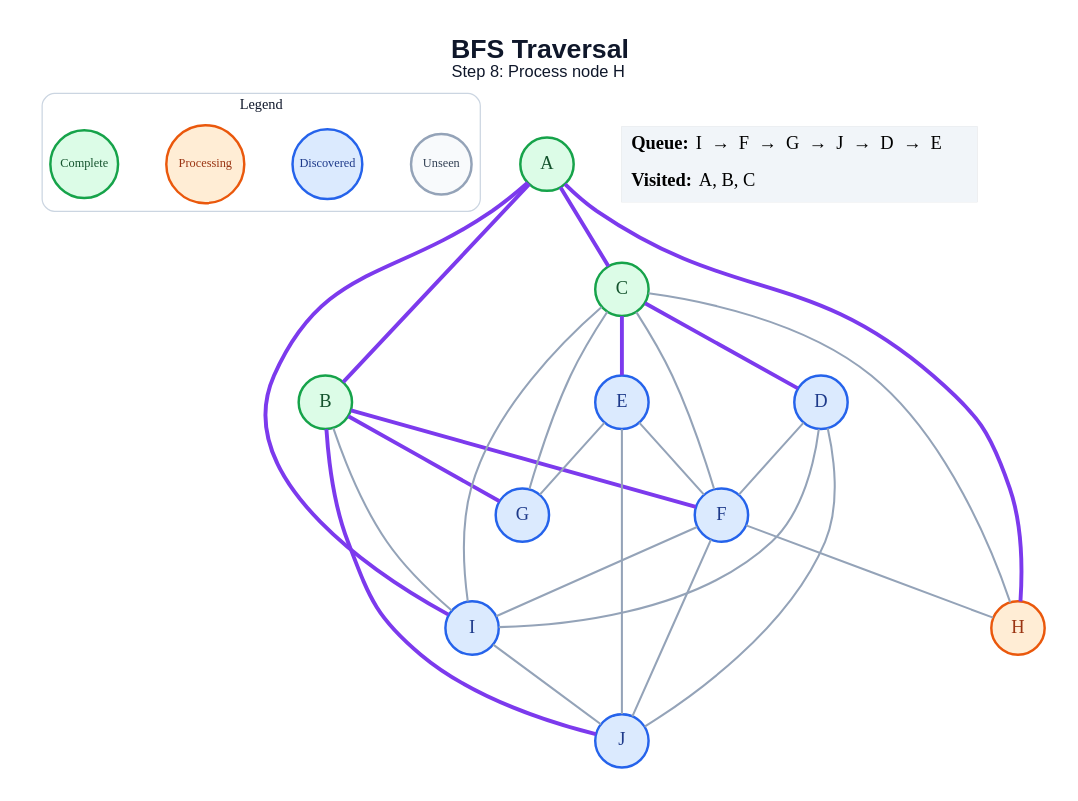
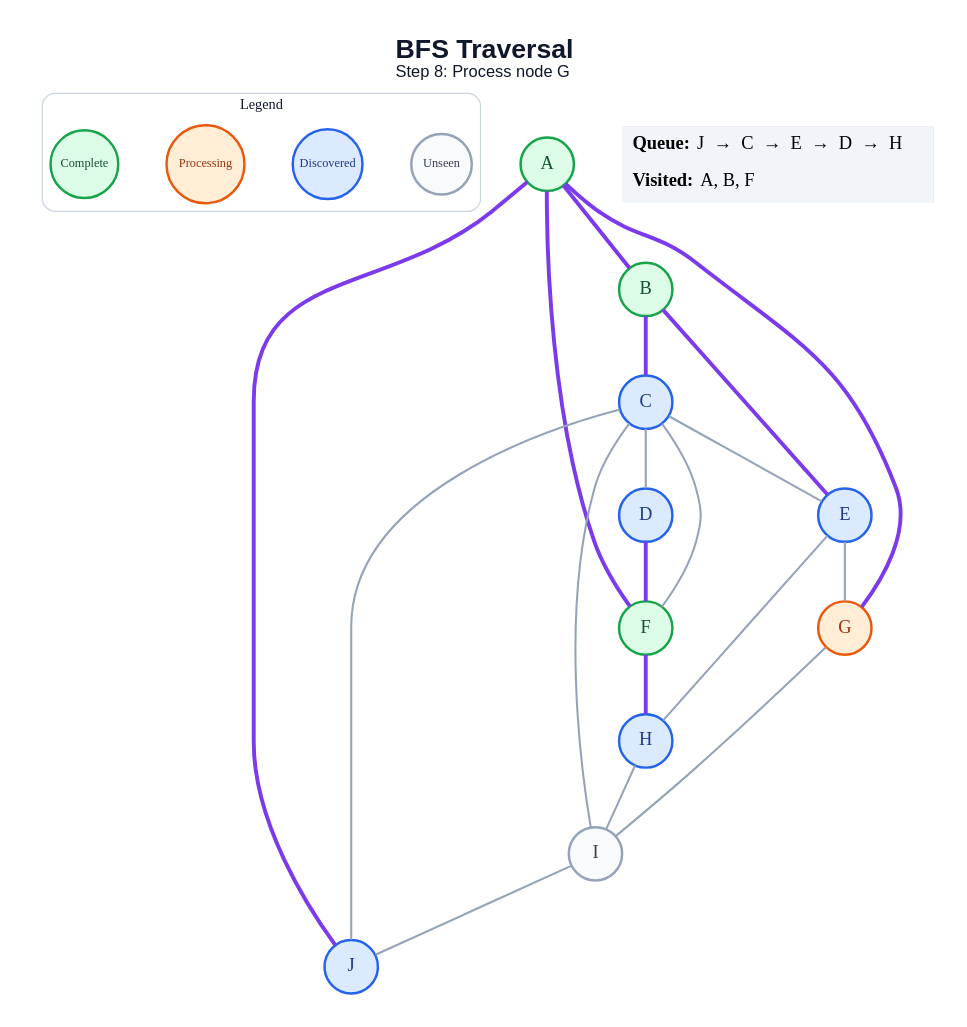
Before and after one commit to amanghodawala9/ai-slop: the diagram in generated/bfs/step_08.dot, drawn with Graphviz. The commit also changed 178 other files, not shown here.

```diff
--- a/generated/bfs/step_08.dot
+++ b/generated/bfs/step_08.dot
@@ -1,53 +1,47 @@
 graph traversal {
   graph [layout=dot, rankdir=TB, bgcolor="#FFFFFF", pad="0.35", nodesep="0.65", ranksep="0.8", fontname="Arial"];
   node [shape=circle, style="filled", fontname="Arial Bold", fontsize=18, width=0.72, fixedsize=true, penwidth=2.4];
   edge [color="#94A3B8", penwidth=2.0];
-  label=<<B>BFS Traversal</B><BR/><FONT POINT-SIZE="16">Step 8: Process node H</FONT>>; labelloc="t"; fontsize=26; fontname="Arial"; fontcolor="#0F172A";
+  label=<<B>BFS Traversal</B><BR/><FONT POINT-SIZE="16">Step 8: Process node G</FONT>>; labelloc="t"; fontsize=26; fontname="Arial"; fontcolor="#0F172A";
   subgraph cluster_legend { label="Legend"; color="#CBD5E1"; penwidth=1.2; style="rounded"; fontsize=14; fontname="Arial Bold";
     key_unseen [label="Unseen", fillcolor="#F8FAFC", color="#94A3B8", fontcolor="#334155", fontsize=12, width=0.82];
     key_frontier [label="Discovered", fillcolor="#DBEAFE", color="#2563EB", fontcolor="#1E3A8A", fontsize=12, width=0.95];
     key_current [label="Processing", fillcolor="#FFEDD5", color="#EA580C", fontcolor="#9A3412", fontsize=12, width=1.05];
     key_done [label="Complete", fillcolor="#DCFCE7", color="#16A34A", fontcolor="#14532D", fontsize=12, width=0.92];
     { rank=same; key_unseen; key_frontier; key_current; key_done; }
   }
   A [fillcolor="#DCFCE7", color="#16A34A", fontcolor="#14532D"];
   B [fillcolor="#DCFCE7", color="#16A34A", fontcolor="#14532D"];
-  C [fillcolor="#DCFCE7", color="#16A34A", fontcolor="#14532D"];
+  C [fillcolor="#DBEAFE", color="#2563EB", fontcolor="#1E3A8A"];
   D [fillcolor="#DBEAFE", color="#2563EB", fontcolor="#1E3A8A"];
   E [fillcolor="#DBEAFE", color="#2563EB", fontcolor="#1E3A8A"];
-  F [fillcolor="#DBEAFE", color="#2563EB", fontcolor="#1E3A8A"];
-  G [fillcolor="#DBEAFE", color="#2563EB", fontcolor="#1E3A8A"];
-  H [fillcolor="#FFEDD5", color="#EA580C", fontcolor="#9A3412"];
-  I [fillcolor="#DBEAFE", color="#2563EB", fontcolor="#1E3A8A"];
+  F [fillcolor="#DCFCE7", color="#16A34A", fontcolor="#14532D"];
+  G [fillcolor="#FFEDD5", color="#EA580C", fontcolor="#9A3412"];
+  H [fillcolor="#DBEAFE", color="#2563EB", fontcolor="#1E3A8A"];
+  I [fillcolor="#F8FAFC", color="#94A3B8", fontcolor="#334155"];
   J [fillcolor="#DBEAFE", color="#2563EB", fontcolor="#1E3A8A"];
   A -- B [color="#7C3AED", penwidth=3.8];
-  A -- C [color="#7C3AED", penwidth=3.8];
-  A -- H [color="#7C3AED", penwidth=3.8];
-  A -- I [color="#7C3AED", penwidth=3.8];
-  B -- F [color="#7C3AED", penwidth=3.8];
-  B -- G [color="#7C3AED", penwidth=3.8];
-  B -- I;
-  B -- J [color="#7C3AED", penwidth=3.8];
-  C -- D [color="#7C3AED", penwidth=3.8];
-  C -- E [color="#7C3AED", penwidth=3.8];
+  A -- F [color="#7C3AED", penwidth=3.8];
+  A -- G [color="#7C3AED", penwidth=3.8];
+  A -- J [color="#7C3AED", penwidth=3.8];
+  B -- C [color="#7C3AED", penwidth=3.8];
+  B -- E [color="#7C3AED", penwidth=3.8];
+  C -- D;
+  C -- E;
   C -- F;
-  C -- G;
-  C -- H;
   C -- I;
-  D -- F;
-  D -- I;
-  D -- J;
-  E -- F;
+  C -- J;
+  D -- F [color="#7C3AED", penwidth=3.8];
   E -- G;
-  E -- J;
-  F -- H;
-  F -- I;
-  F -- J;
+  E -- H;
+  F -- H [color="#7C3AED", penwidth=3.8];
+  G -- I;
+  H -- I;
   I -- J;
   status [shape=plain, fixedsize=false, width=0, height=0, margin=0, label=<
     <TABLE BORDER="0" CELLBORDER="0" CELLPADDING="7" BGCOLOR="#F1F5F9">
-      <TR><TD ALIGN="LEFT"><B>Queue:</B> I  →  F  →  G  →  J  →  D  →  E</TD></TR>
-      <TR><TD ALIGN="LEFT"><B>Visited:</B> A, B, C</TD></TR>
+      <TR><TD ALIGN="LEFT"><B>Queue:</B> J  →  C  →  E  →  D  →  H</TD></TR>
+      <TR><TD ALIGN="LEFT"><B>Visited:</B> A, B, F</TD></TR>
     </TABLE>
   >];
 }
```
